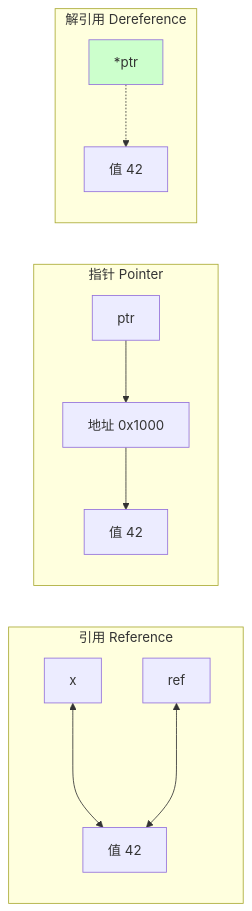
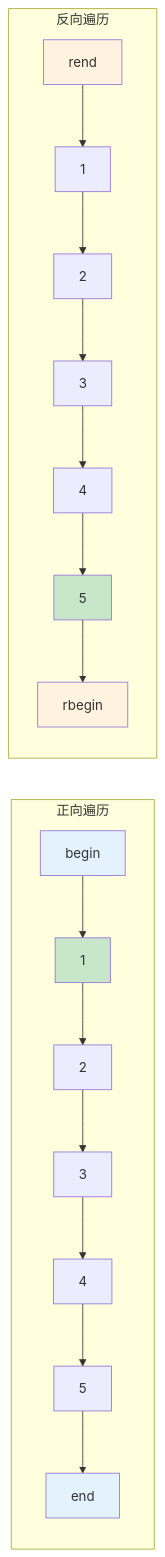
The fifth of 5 diagrams in 杂/markdown/学习节点/基础库/02_Span.md (yunkezengren/blender-.vscode), drawn with Mermaid before and after one commit. The commit also changed other lines of this file and 4 other files, not shown here.

````diff
--- a/杂/markdown/学习节点/基础库/02_Span.md
+++ b/杂/markdown/学习节点/基础库/02_Span.md
@@ -1539,17 +1520,27 @@
 ```mermaid
 flowchart LR
-    subgraph "引用 Reference"
-        A[x] <---> B[值 42]
-        C[ref] <---> B
+    subgraph "正向遍历"
+        A1[begin] --> B1[1]
+        B1 --> C1[2]
+        C1 --> D1[3]
+        D1 --> E1[4]
+        E1 --> F1[5]
+        F1 --> G1[end]
     end
     
-    subgraph "指针 Pointer"
-        D[ptr] --> E[地址 0x1000]
-        E --> F[值 42]
+    subgraph "反向遍历"
+        A2[rend] --> B2[1]
+        B2 --> C2[2]
+        C2 --> D2[3]
+        D2 --> E2[4]
+        E2 --> F2[5]
+        F2 --> G2[rbegin]
     end
     
-    subgraph "解引用 Dereference"
-        G[*ptr] -.-> H[值 42]
-        style G fill:#ccffcc
-    end
+    style A1 fill:#e3f2fd
+    style G1 fill:#e3f2fd
+    style A2 fill:#fff3e0
+    style G2 fill:#fff3e0
+    style B1 fill:#c8e6c9
+    style F2 fill:#c8e6c9
 ```
````
